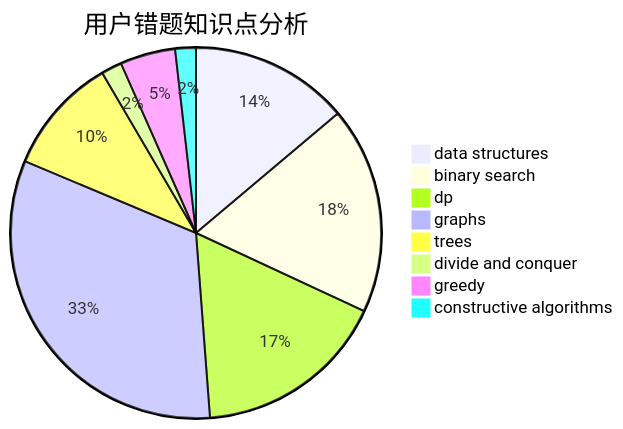
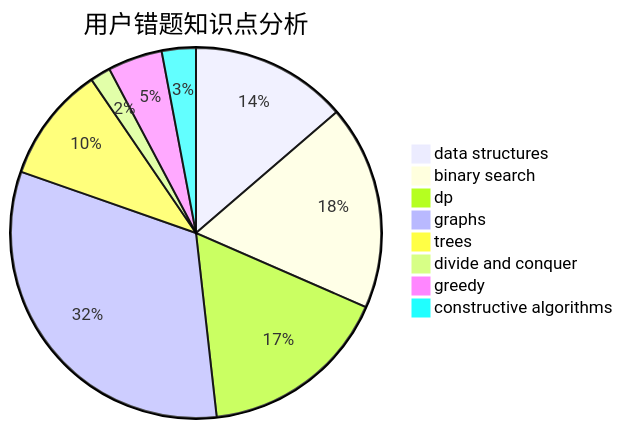
The third of 3 diagrams in docs/user/u224.md (sherpahu/cfrs.github.io), drawn with Mermaid before and after one commit. The commit also changed other lines of this file and 2770 other files, not shown here.

````diff
--- a/docs/user/u224.md
+++ b/docs/user/u224.md
@@ -36,11 +36,11 @@
 ```mermaid
 pie title 用户错题知识点分析
     "data structures" :  23
     "binary search" :  30
     "dp" :  28
     "graphs" :  54
     "trees" :  17
     "divide and conquer" :  3
     "greedy" :  8
-    "constructive algorithms" :  3
+    "constructive algorithms" :  5
 ```
````
